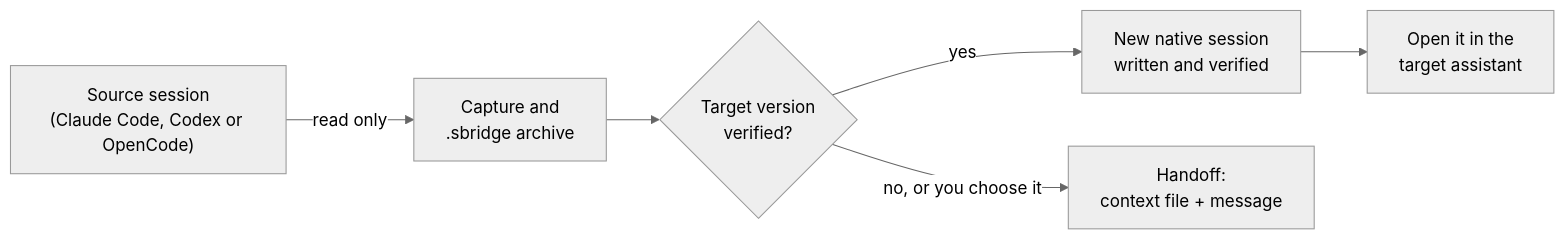
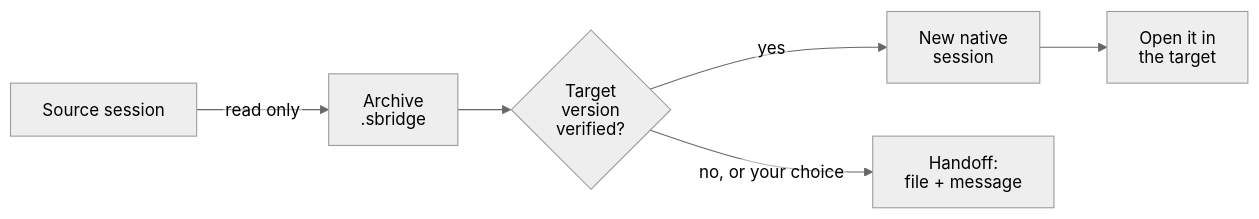
Before and after one commit to pma1999/session-bridge: the diagram in README.md, drawn with Mermaid (neutral theme). The commit also changed 2 other files, not shown here.

Commit message:
Keep diagram labels from being cut off on GitHub
GitHub draws Mermaid labels in a slightly wider font than it measures them with, so longer lines were clipped inside their boxes. The diagrams now use SVG text labels, which are never clipped, and lines of at most 14 characters.

````diff
--- a/README.md
+++ b/README.md
@@ -80,8 +80,9 @@
 ```mermaid
+%%{init: {"htmlLabels": false, "flowchart": {"htmlLabels": false}}}%%
 flowchart LR
-    A["Source session<br/>(Claude Code, Codex or OpenCode)"] -->|read only| B["Capture and<br/>.sbridge archive"]
-    B --> C{"Target version<br/>verified?"}
-    C -->|yes| D["New native session<br/>written and verified"]
-    C -->|no, or you choose it| E["Handoff:<br/>context file + message"]
-    D --> F["Open it in the<br/>target assistant"]
+    A["Source session"] -->|read only| B["Archive<br/>.sbridge"]
+    B --> C{"Target<br/>version<br/>verified?"}
+    C -->|yes| D["New native<br/>session"]
+    C -->|no, or your choice| E["Handoff:<br/>file + message"]
+    D --> F["Open it in<br/>the target"]
 ```
````
